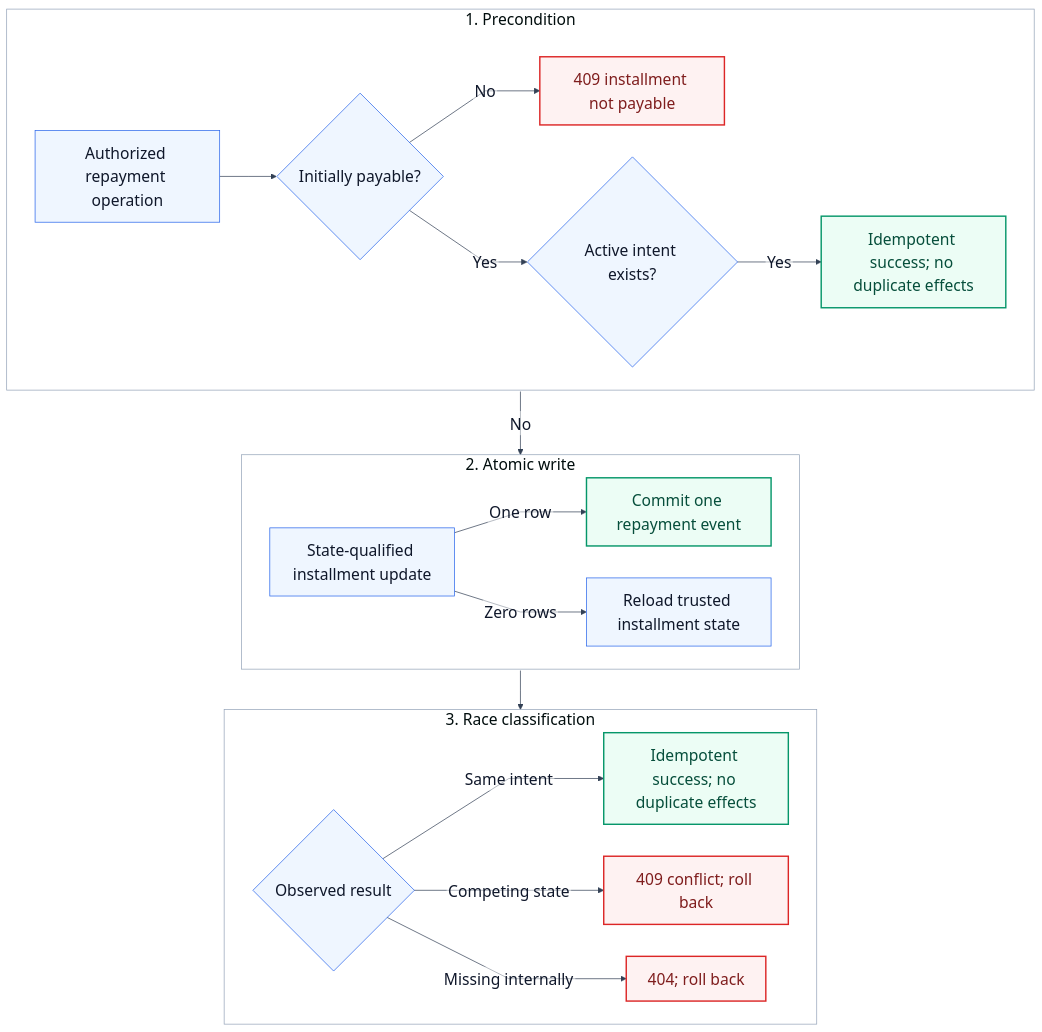
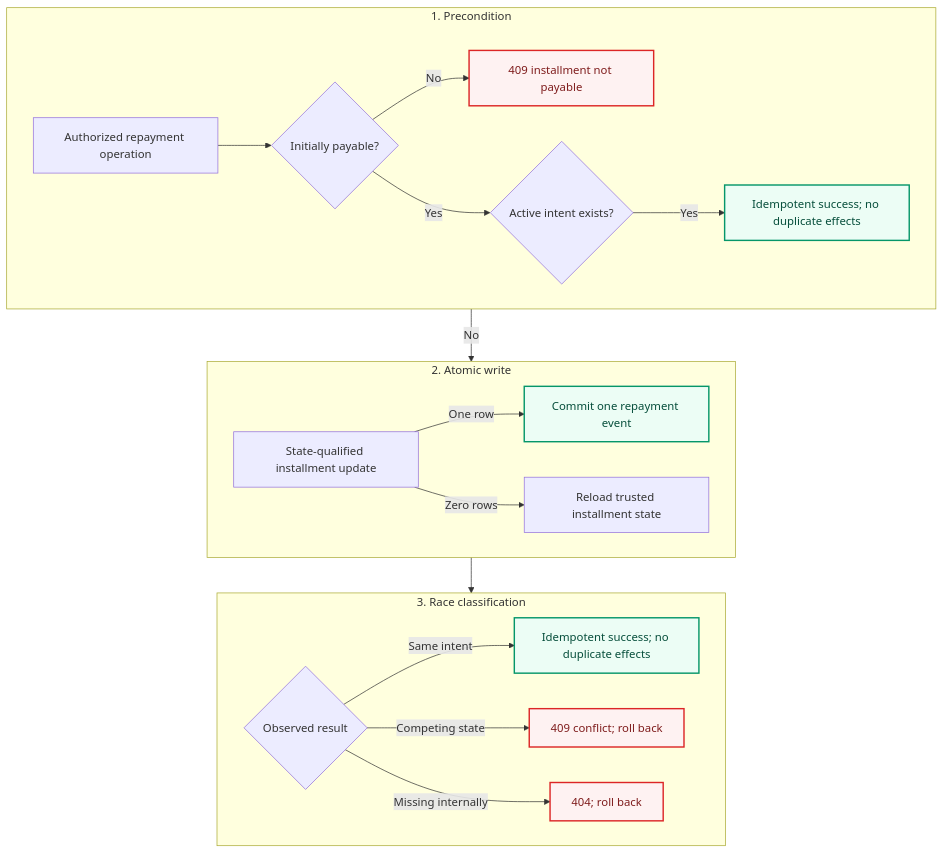
The diagram in docs/error-handling/work-items/KAN-34-repayment-error-migration/assets/repayment-transition-state.mmd (kundankumar7/optrabidz), drawn with Mermaid before and after one commit. The commit also changed 16 other files, not shown here.

Commit message:
Standardize Mermaid diagram output (KAN-39)

```diff
--- a/docs/error-handling/work-items/KAN-34-repayment-error-migration/assets/repayment-transition-state.mmd
+++ b/docs/error-handling/work-items/KAN-34-repayment-error-migration/assets/repayment-transition-state.mmd
@@ -1,29 +1,31 @@
-%%{init: {"theme":"base","themeVariables":{"fontSize":"22px","fontFamily":"Arial, sans-serif","primaryColor":"#EFF6FF","primaryTextColor":"#0F172A","primaryBorderColor":"#2563EB","lineColor":"#334155","secondaryColor":"#F8FAFC","tertiaryColor":"#FEF2F2","clusterBkg":"#FFFFFF","clusterBorder":"#94A3B8","edgeLabelBackground":"#FFFFFF"},"flowchart":{"htmlLabels":false,"curve":"linear","nodeSpacing":45,"rankSpacing":55}}}%%
 flowchart TB
+    accTitle: Repayment transition state classification
+    accDescr: An authorized repayment operation handles existing intents idempotently, performs a state-qualified atomic update, and classifies zero-row races from trusted reloaded state.
+
     subgraph PRECHECK[1. Precondition]
         direction LR
         A[Authorized repayment operation] --> P{Initially payable?}
         P -->|No| N[409 installment not payable]
         P -->|Yes| I{Active intent exists?}
         I -->|Yes| S[Idempotent success; no duplicate effects]
     end
 
     subgraph WRITE[2. Atomic write]
         direction LR
         I -->|No| U[State-qualified installment update]
         U -->|One row| E[Commit one repayment event]
         U -->|Zero rows| R[Reload trusted installment state]
     end
 
     subgraph CLASSIFY[3. Race classification]
         direction LR
         R --> C{Observed result}
         C -->|Same intent| S2[Idempotent success; no duplicate effects]
         C -->|Competing state| X[409 conflict; roll back]
         C -->|Missing internally| M[404; roll back]
     end
 
     classDef error fill:#FEF2F2,stroke:#DC2626,color:#7F1D1D,stroke-width:2px;
     classDef success fill:#ECFDF5,stroke:#059669,color:#064E3B,stroke-width:2px;
     class N,X,M error;
     class E,S,S2 success;
```
